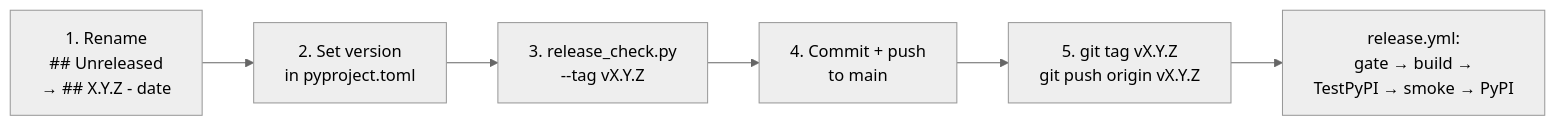
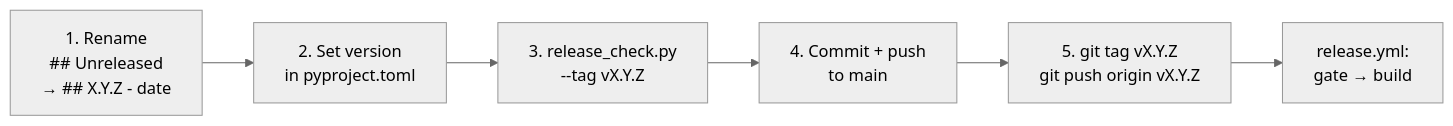
The second of 2 diagrams in docs/versioning.md (sh4r11f/alhazen), drawn with Mermaid (neutral theme) before and after one commit. The commit also changed other lines of this file and 2 other files, not shown here.

````diff
--- a/docs/versioning.md
+++ b/docs/versioning.md
@@ -127,8 +127,8 @@
 ```mermaid
 graph LR
     A["1. Rename<br/>## Unreleased<br/>→ ## X.Y.Z - date"] --> B["2. Set version<br/>in pyproject.toml"]
     B --> C["3. release_check.py<br/>--tag vX.Y.Z"]
     C --> D["4. Commit + push<br/>to main"]
     D --> E["5. git tag vX.Y.Z<br/>git push origin vX.Y.Z"]
-    E --> F["release.yml:<br/>gate → build →<br/>TestPyPI → smoke → PyPI"]
+    E --> F["release.yml:<br/>gate → build"]
 ```
````
